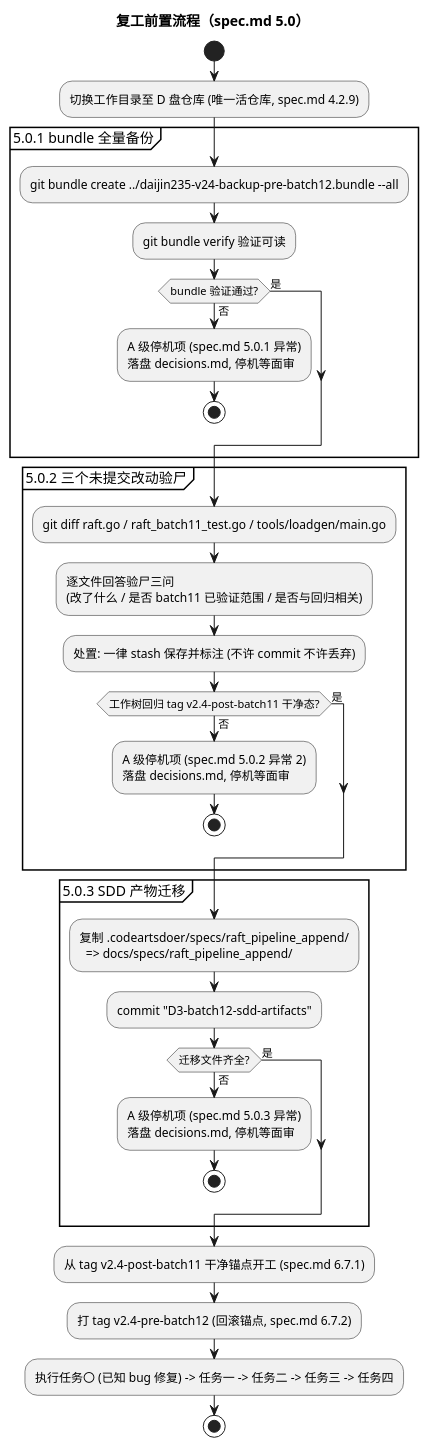
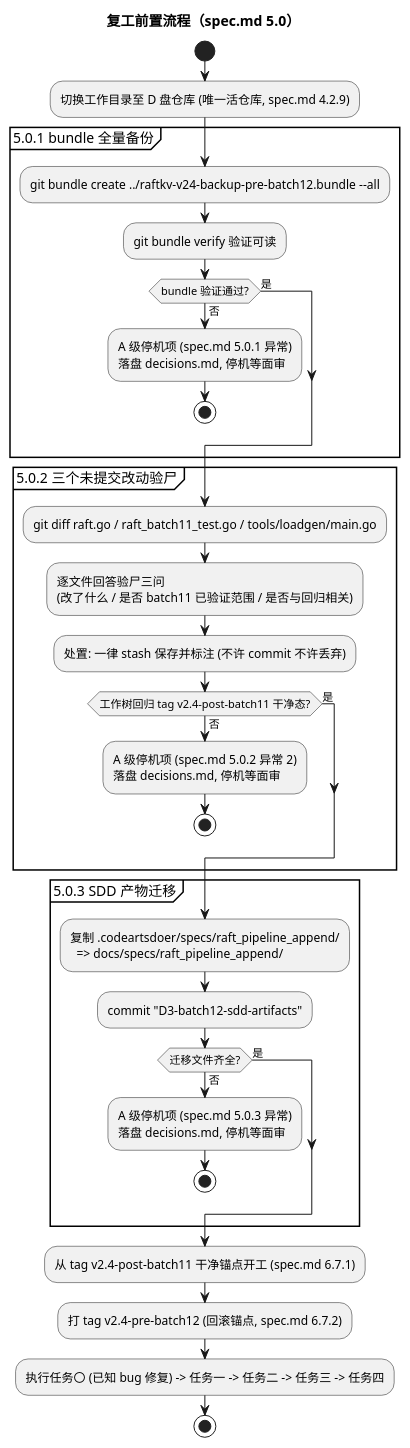
One commit to raftkv/raftkv changed the tenth of 10 diagrams in docs/specs/raft_pipeline_append/design.md. Above: the diagram before and after it, drawn with PlantUML. The commit also changed other lines of this file and 369 other files, not shown here.

````diff
--- a/docs/specs/raft_pipeline_append/design.md
+++ b/docs/specs/raft_pipeline_append/design.md
@@ -1120,39 +1120,39 @@
 ```plantuml
 @startuml
 title 复工前置流程（spec.md 5.0）
 start
 :切换工作目录至 D 盘仓库 (唯一活仓库, spec.md 4.2.9);
 partition "5.0.1 bundle 全量备份" {
-  :git bundle create ../daijin235-v24-backup-pre-batch12.bundle --all;
+  :git bundle create ../raftkv-v24-backup-pre-batch12.bundle --all;
   :git bundle verify 验证可读;
   if (bundle 验证通过?) then (否)
     :A 级停机项 (spec.md 5.0.1 异常)\n落盘 decisions.md, 停机等面审;
     stop
   else (是)
   endif
 }
 partition "5.0.2 三个未提交改动验尸" {
   :git diff raft.go / raft_batch11_test.go / tools/loadgen/main.go;
   :逐文件回答验尸三问\n(改了什么 / 是否 batch11 已验证范围 / 是否与回归相关);
   :处置: 一律 stash 保存并标注 (不许 commit 不许丢弃);
   if (工作树回归 tag v2.4-post-batch11 干净态?) then (否)
     :A 级停机项 (spec.md 5.0.2 异常 2)\n落盘 decisions.md, 停机等面审;
     stop
   else (是)
   endif
 }
 partition "5.0.3 SDD 产物迁移" {
   :复制 .codeartsdoer/specs/raft_pipeline_append/\n  => docs/specs/raft_pipeline_append/;
   :commit "D3-batch12-sdd-artifacts";
   if (迁移文件齐全?) then (否)
     :A 级停机项 (spec.md 5.0.3 异常)\n落盘 decisions.md, 停机等面审;
     stop
   else (是)
   endif
 }
 :从 tag v2.4-post-batch11 干净锚点开工 (spec.md 6.7.1);
 :打 tag v2.4-pre-batch12 (回滚锚点, spec.md 6.7.2);
 :执行任务〇 (已知 bug 修复) -> 任务一 -> 任务二 -> 任务三 -> 任务四;
 stop
 @enduml
 ```
````
